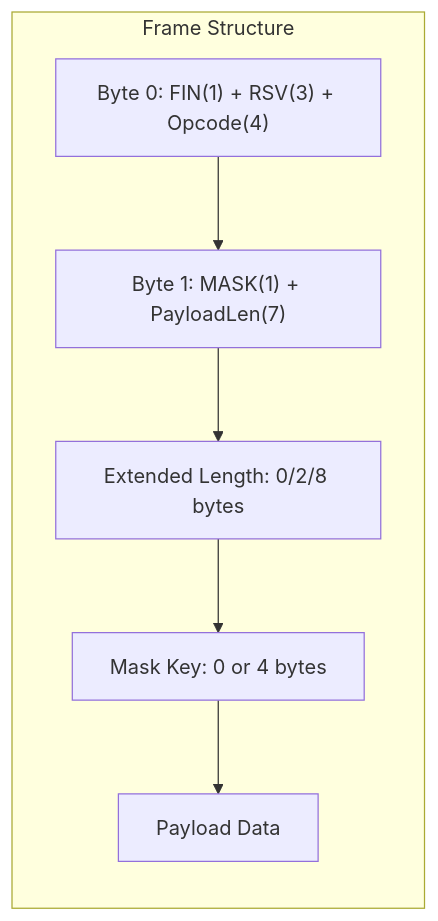
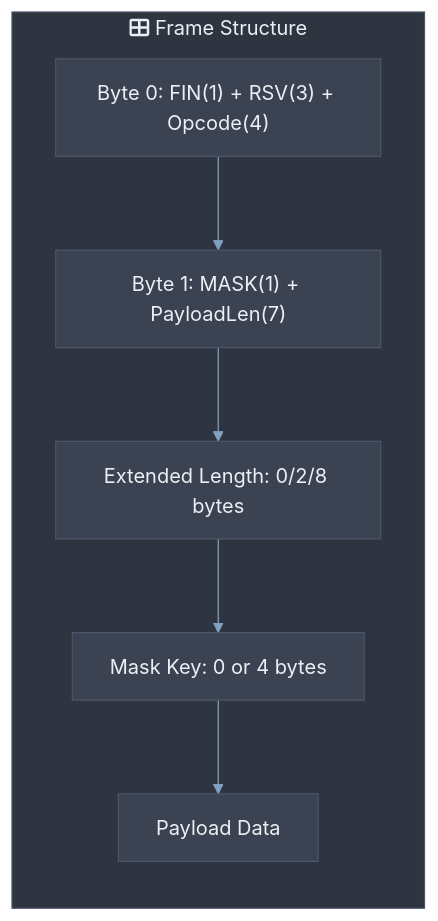
One commit to quintin-lee/csilk changed the third of 8 diagrams in docs/user-manual/advanced-usage.md. Above: the diagram before and after it, drawn with Mermaid. The commit also changed other lines of this file and 30 other files, not shown here.

Commit message:
docs(docs): 📝 apply Nord Mermaid theme, RFC 2119 keywords, and quantified metrics to all docs

````diff
--- a/docs/user-manual/advanced-usage.md
+++ b/docs/user-manual/advanced-usage.md
@@ -94,11 +98,12 @@
 ```mermaid
+%%{init: {'theme': 'base', 'themeVariables': {'background': '#2E3440','primaryColor':'#81A1C1','primaryBorderColor':'#4C566A','primaryTextColor':'#ECEFF4','secondaryColor':'#3B4252','secondaryBorderColor':'#434C5E','secondaryTextColor':'#D8DEE9','lineColor':'#81A1C1','textColor':'#ECEFF4','mainBkg':'#3B4252','nodeBorder':'#4C566A','clusterBkg':'#2E3440','clusterBorder':'#4C566A','titleColor':'#ECEFF4','edgeLabelBackground':'#3B4252','nodeTextColor':'#ECEFF4'}, 'flowchart': {'htmlLabels': true, 'curve': 'basis'}}}%%
 graph LR
-    subgraph "Frame Structure"
+    subgraph frame["fa:fa-th-large Frame Structure"]
         B0["Byte 0: FIN(1) + RSV(3) + Opcode(4)"]
         B1["Byte 1: MASK(1) + PayloadLen(7)"]
         EL["Extended Length: 0/2/8 bytes"]
         MK["Mask Key: 0 or 4 bytes"]
         PL["Payload Data"]
         B0 --> B1 --> EL --> MK --> PL
     end
 ```
````
